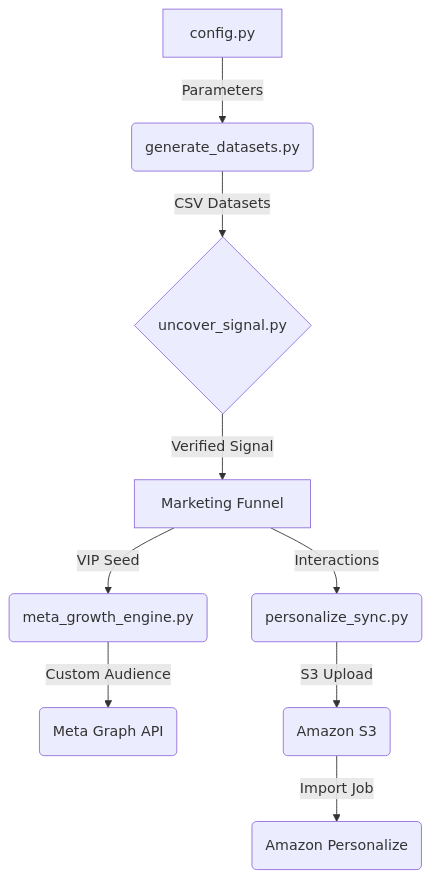
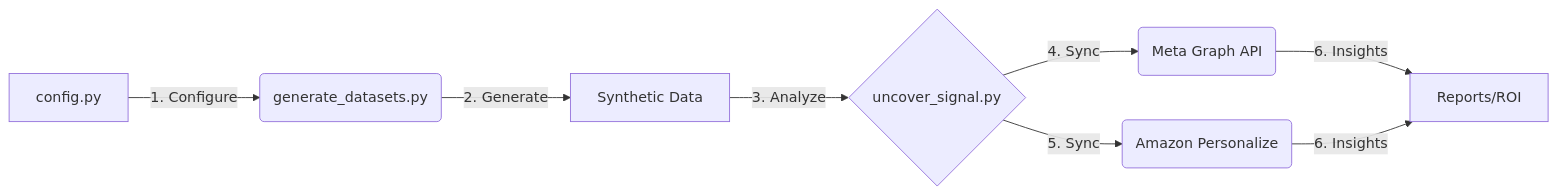
The diagram in README.md (CuriousLearner2/aws_nonprofit_toolkit), drawn with Mermaid before and after one commit. The commit also changed other lines of this file and 3 other files, not shown here.

Commit message:
Documentation & Reliability: Add QUICKSTART, SETUP_GUIDE, CASE_STUDY, and 10+ Personalize sync tests

````diff
--- a/README.md
+++ b/README.md
@@ -11,11 +11,10 @@
 ```mermaid
-graph TD
-    A[config.py] -->|Parameters| B(generate_datasets.py)
-    B -->|CSV Datasets| C{uncover_signal.py}
-    C -->|Verified Signal| D[Marketing Funnel]
-    D -->|VIP Seed| E(meta_growth_engine.py)
-    D -->|Interactions| F(personalize_sync.py)
-    E -->|Custom Audience| Meta(Meta Graph API)
-    F -->|S3 Upload| S3(Amazon S3)
-    S3 -->|Import Job| AP(Amazon Personalize)
+graph LR
+    Config[config.py] -->|1. Configure| Gen(generate_datasets.py)
+    Gen -->|2. Generate| Data[Synthetic Data]
+    Data -->|3. Analyze| Signal{uncover_signal.py}
+    Signal -->|4. Sync| Meta(Meta Graph API)
+    Signal -->|5. Sync| AP(Amazon Personalize)
+    Meta -->|6. Insights| Reports[Reports/ROI]
+    AP -->|6. Insights| Reports
 ```
````
